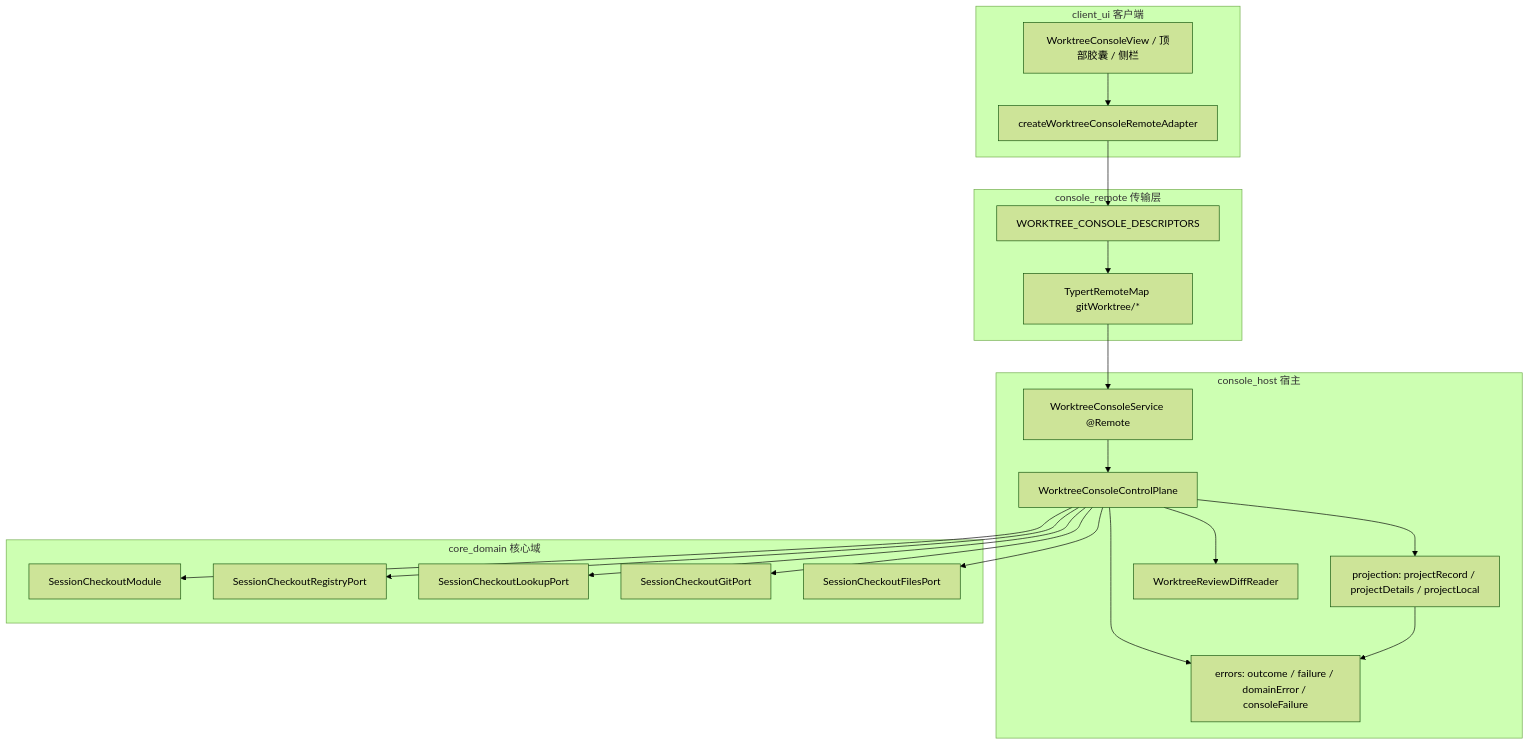
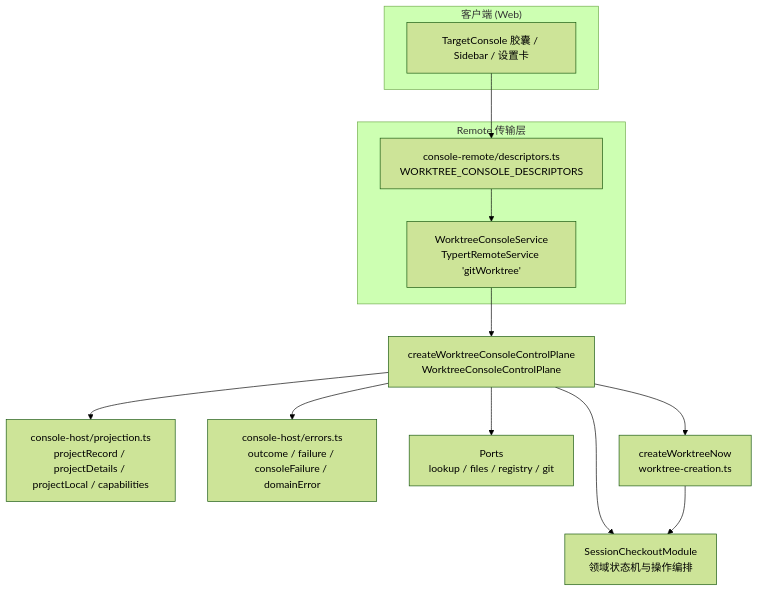
The first of 9 diagrams in .codewiki/modules/console-host-control-plane.md (ikliml666/dsh-git-workspace), drawn with Mermaid (forest theme) before and after one commit. The commit also changed other lines of this file and 117 other files, not shown here.

````diff
--- a/.codewiki/modules/console-host-control-plane.md
+++ b/.codewiki/modules/console-host-control-plane.md
@@ -30,36 +27,24 @@
 ```mermaid
 flowchart TB
-  subgraph CLIENT["client_ui 客户端"]
-    UI["WorktreeConsoleView / 顶部胶囊 / 侧栏"]
-    CAD["createWorktreeConsoleRemoteAdapter"]
+  subgraph Client["客户端 (Web)"]
+    UI["TargetConsole 胶囊 / Sidebar / 设置卡"]
   end
-  subgraph TRANSPORT["console_remote 传输层"]
-    DESC["WORKTREE_CONSOLE_DESCRIPTORS"]
-    MAP["TypertRemoteMap gitWorktree/*"]
+  subgraph Transport["Remote 传输层"]
+    DESC["console-remote/descriptors.ts<br/>WORKTREE_CONSOLE_DESCRIPTORS"]
+    SVC["WorktreeConsoleService<br/>TypertRemoteService 'gitWorktree'"]
   end
-  subgraph HOST["console_host 宿主"]
-    SVC["WorktreeConsoleService @Remote"]
-    CP["WorktreeConsoleControlPlane"]
-    PRJ["projection: projectRecord / projectDetails / projectLocal"]
-    RDR["WorktreeReviewDiffReader"]
-    ERR["errors: outcome / failure / domainError / consoleFailure"]
-  end
-  subgraph DOMAIN["core_domain 核心域"]
-    MOD["SessionCheckoutModule"]
-    REG["SessionCheckoutRegistryPort"]
-    LKP["SessionCheckoutLookupPort"]
-    GIT["SessionCheckoutGitPort"]
-    FS["SessionCheckoutFilesPort"]
-  end
-  UI --> CAD --> DESC --> MAP --> SVC
-  SVC --> CP
+  CP["createWorktreeConsoleControlPlane<br/>WorktreeConsoleControlPlane"]
+  PROJ["console-host/projection.ts<br/>projectRecord / projectDetails / projectLocal / capabilities"]
+  ERRS["console-host/errors.ts<br/>outcome / failure / consoleFailure / domainError"]
+  MOD["SessionCheckoutModule<br/>领域状态机与操作编排"]
+  PORTS["Ports<br/>lookup / files / registry / git"]
+  CREATE["createWorktreeNow<br/>worktree-creation.ts"]
+
+  UI --> DESC --> SVC --> CP
+  CP --> PROJ
+  CP --> ERRS
   CP --> MOD
-  CP --> REG
-  CP --> LKP
-  CP --> GIT
-  CP --> FS
-  CP --> PRJ
-  CP --> RDR
-  CP --> ERR
-  PRJ --> ERR
+  CP --> PORTS
+  CP --> CREATE
+  CREATE --> MOD
 ```
````
